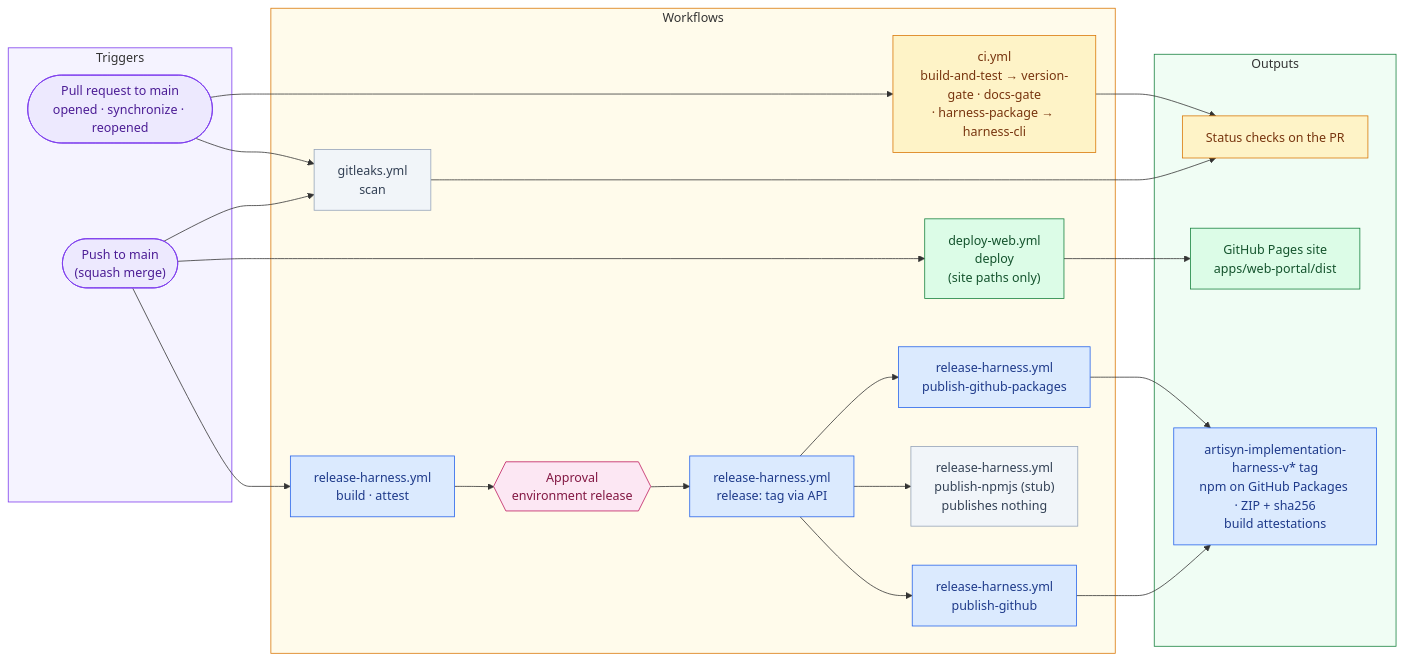
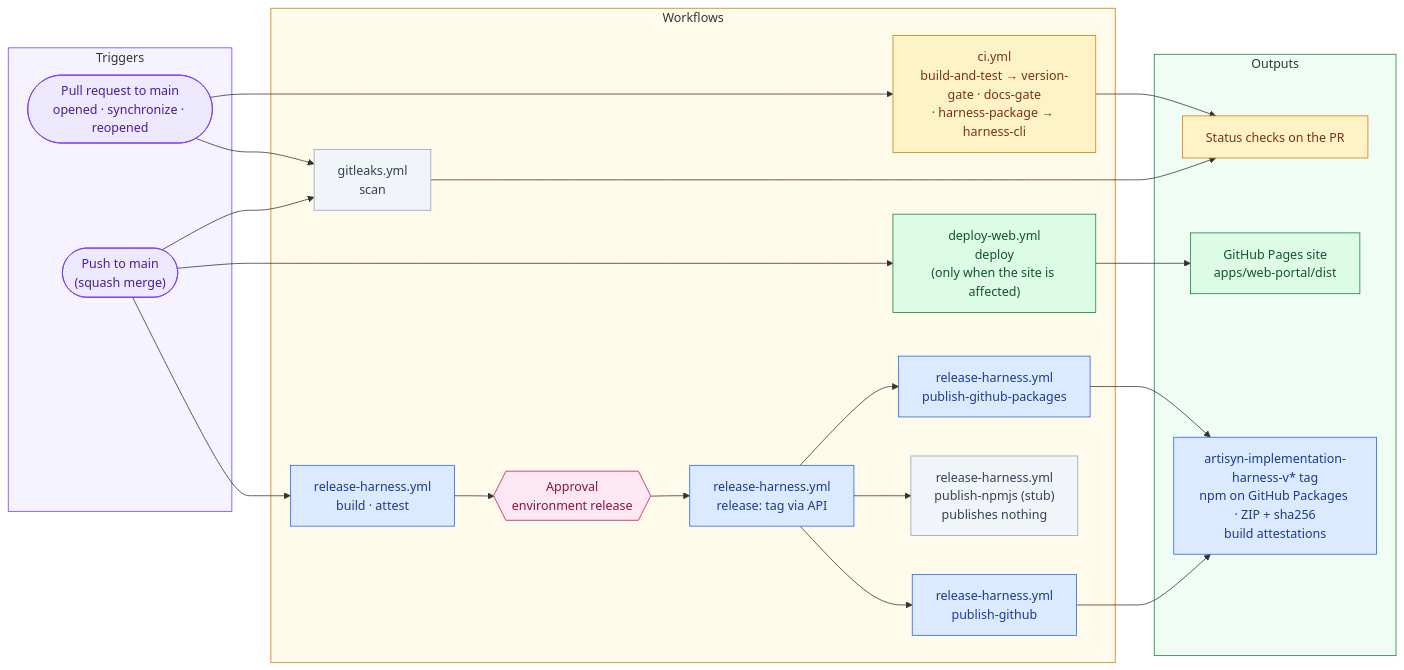
One commit to DataArt/artisyn-implementation-harness changed the first of 2 diagrams in docs/Engineering Guide/09 CI-CD.md. Above: the diagram before and after it, drawn with Mermaid. The commit also changed other lines of this file and 7 other files, not shown here.

First line of the commit message:
docs(ci): describe Deploy web as affected-driven with a skip when the site is not built

````diff
--- a/docs/Engineering Guide/09 CI-CD.md
+++ b/docs/Engineering Guide/09 CI-CD.md
@@ -26,44 +26,44 @@
 ```mermaid
 flowchart LR
     subgraph TRIG ["  Triggers  "]
         PR(["Pull request to main\nopened · synchronize · reopened"]):::trigger
         PUSH(["Push to main\n(squash merge)"]):::trigger
     end
 
     subgraph WF ["  Workflows  "]
         CI["ci.yml\nbuild-and-test → version-gate · docs-gate\n· harness-package → harness-cli"]:::gate
         GL["gitleaks.yml\nscan"]:::advisory
-        CD["deploy-web.yml\ndeploy\n(site paths only)"]:::deploy
+        CD["deploy-web.yml\ndeploy\n(only when the site is affected)"]:::deploy
         RHB["release-harness.yml\nbuild · attest"]:::release
         APP{{"Approval\nenvironment release"}}:::approval
         RHR["release-harness.yml\nrelease: tag via API"]:::release
         RHN["release-harness.yml\npublish-github-packages"]:::release
         RHG["release-harness.yml\npublish-github"]:::release
         RHS["release-harness.yml\npublish-npmjs (stub)\npublishes nothing"]:::advisory
     end
 
     subgraph OUT ["  Outputs  "]
         CHK["Status checks on the PR"]:::gate
         PAGES["GitHub Pages site\napps/web-portal/dist"]:::deploy
         HTAG["artisyn-implementation-harness-v* tag\nnpm on GitHub Packages · ZIP + sha256\nbuild attestations"]:::release
     end
 
     PR --> CI --> CHK
     PR --> GL --> CHK
     PUSH --> GL
     PUSH --> CD --> PAGES
     PUSH --> RHB --> APP --> RHR
     RHR --> RHN --> HTAG
     RHR --> RHG --> HTAG
     RHR --> RHS
 
     classDef trigger fill:#EDE9FE,stroke:#7C3AED,color:#4c1d95
     classDef approval fill:#FCE7F3,stroke:#BE185D,color:#831843
     classDef gate fill:#FEF3C7,stroke:#D97706,color:#78350f
     classDef advisory fill:#F1F5F9,stroke:#94A3B8,color:#334155
     classDef deploy fill:#DCFCE7,stroke:#15803D,color:#14532D
     classDef release fill:#DBEAFE,stroke:#2563EB,color:#1e3a8a
     style TRIG fill:#F5F3FF,stroke:#7C3AED
     style WF fill:#FFFBEB,stroke:#D97706
     style OUT fill:#F0FDF4,stroke:#15803D
 ```
````
